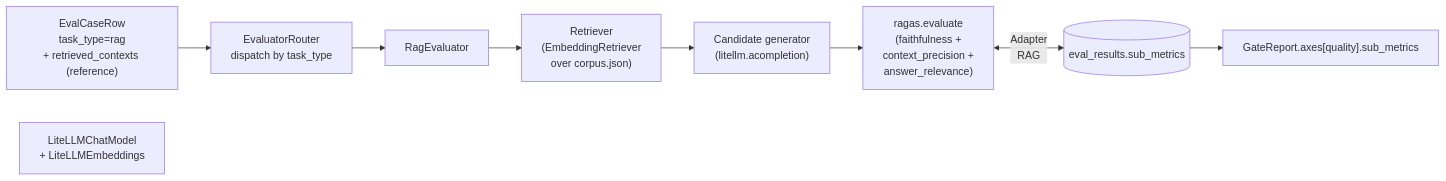
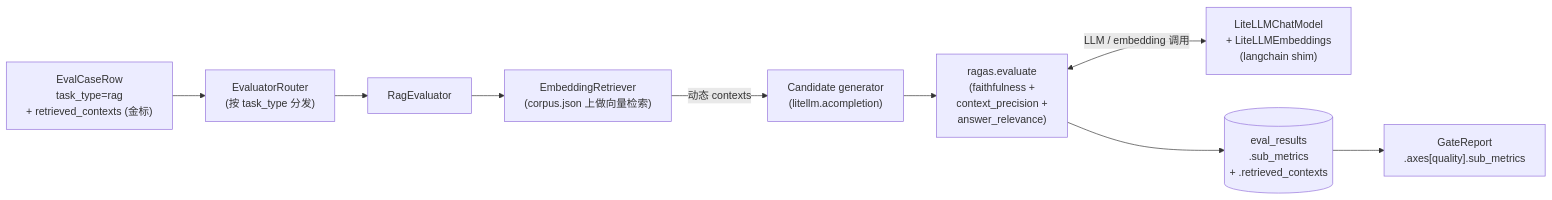
Before and after one commit to AndyUneducated/eval-gate: the diagram in docs/PHASE_8_PLAN.md, drawn with Mermaid. The commit also changed other lines of this file and 16 other files, not shown here.

First line of the commit message:
docs: add diagrams and tech-selection rationale to README and phase plans

````diff
--- a/docs/PHASE_8_PLAN.md
+++ b/docs/PHASE_8_PLAN.md
@@ -16,17 +9,17 @@
 ```mermaid
 flowchart LR
-  Case["EvalCaseRow<br/>task_type=rag<br/>+ retrieved_contexts (reference)"]
-  Router["EvaluatorRouter<br/>dispatch by task_type"]
+  Case["EvalCaseRow<br/>task_type=rag<br/>+ retrieved_contexts (金标)"]
+  Router["EvaluatorRouter<br/>(按 task_type 分发)"]
   RAG["RagEvaluator"]
-  Retriever["Retriever<br/>(EmbeddingRetriever<br/>over corpus.json)"]
+  Retriever["EmbeddingRetriever<br/>(corpus.json 上做向量检索)"]
   Gen["Candidate generator<br/>(litellm.acompletion)"]
   Ragas["ragas.evaluate<br/>(faithfulness +<br/>context_precision +<br/>answer_relevance)"]
-  Adapter["LiteLLMChatModel<br/>+ LiteLLMEmbeddings"]
-  DB[("eval_results.sub_metrics")]
-  Gate["GateReport.axes[quality].sub_metrics"]
+  Adapter["LiteLLMChatModel<br/>+ LiteLLMEmbeddings<br/>(langchain shim)"]
+  DB[("eval_results<br/>.sub_metrics<br/>+ .retrieved_contexts")]
+  Gate["GateReport<br/>.axes[quality].sub_metrics"]
 
   Case --> Router --> RAG
-  RAG --> Retriever --> Gen --> Ragas
-  Ragas <-- Adapter
-  RAG --> DB --> Gate
+  RAG --> Retriever -->|"动态 contexts"| Gen --> Ragas
+  Ragas <-->|"LLM / embedding 调用"| Adapter
+  Ragas --> DB --> Gate
 ```
````
